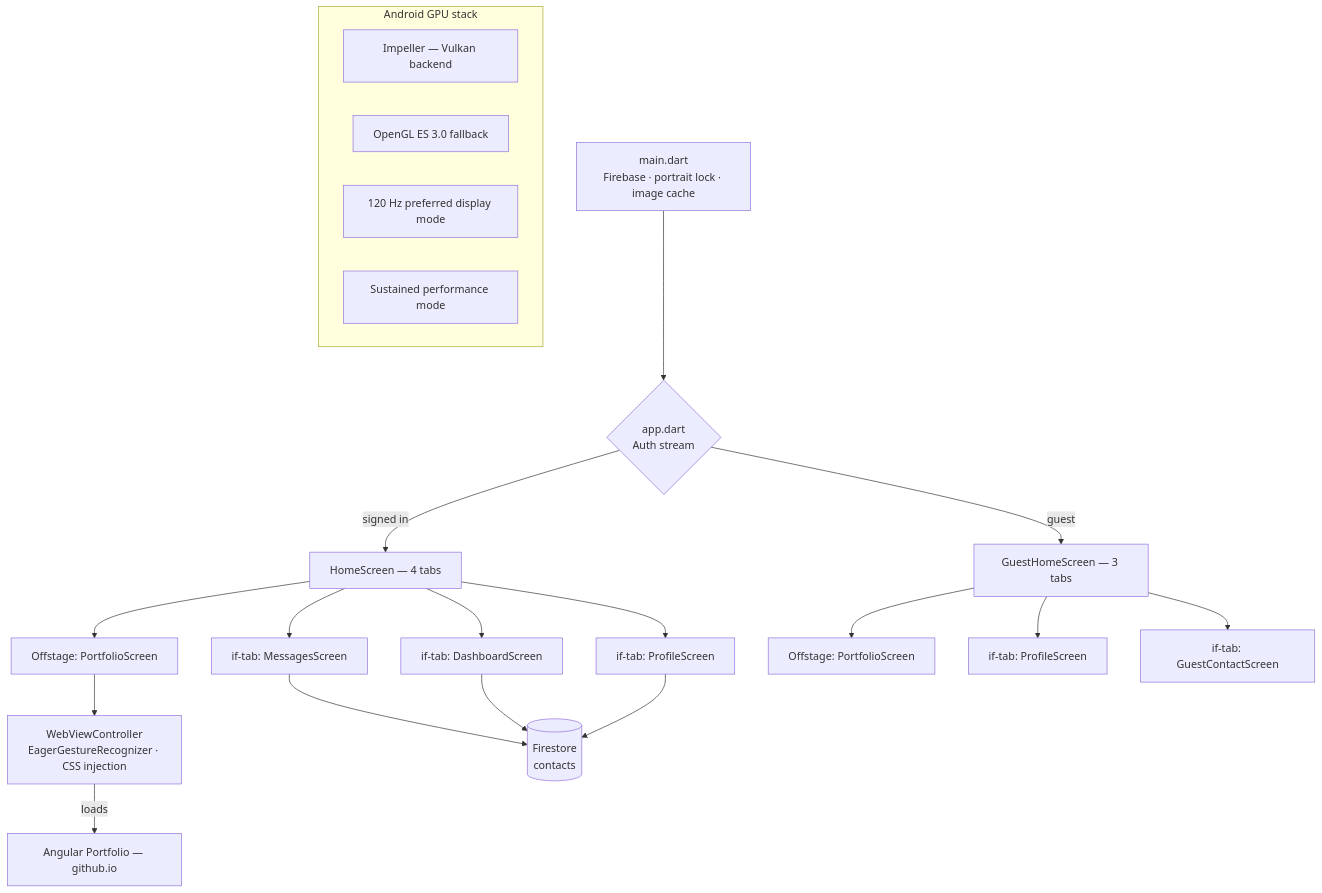
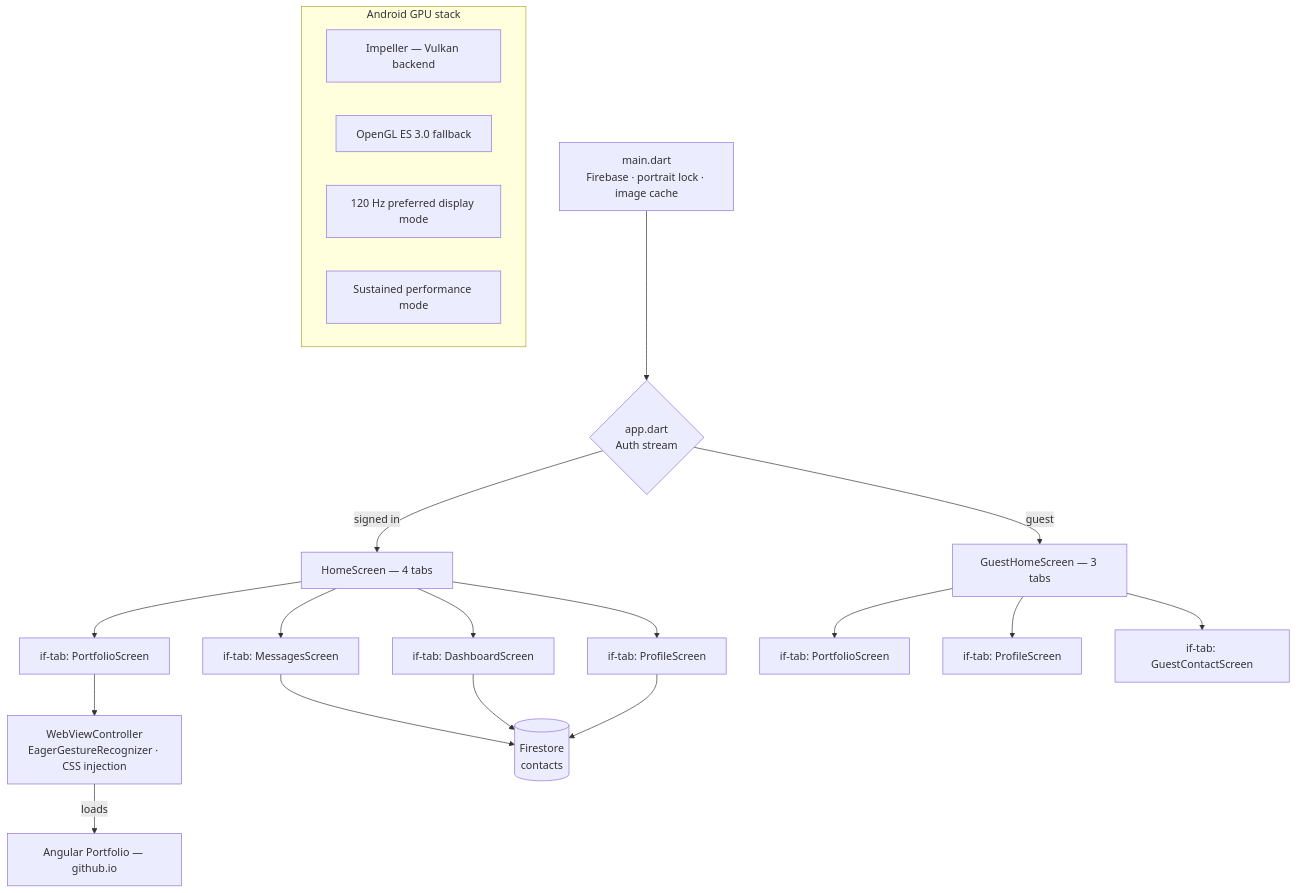
Before and after one commit to Emmanuel1017/My-Resume-Flutter-APP: the diagram in README.md, drawn with Mermaid. The commit also changed other lines of this file and 2 other files, not shown here.

Commit message:
Kill all tabs on leave — fully release GPU + WebView memory
Replace Offstage WebView with if-tab for all tabs including Portfolio.
The GPU surface, Chromium instance, and all Firestore streams are fully
released on every tab switch. Android HTTP disk cache reloads the Angular
site in ~300 ms on return — far cheaper than keeping a live WebView surface
pinned to the compositor at all times while other tabs are active.

````diff
--- a/README.md
+++ b/README.md
@@ -9,30 +9,30 @@
 ```mermaid
 graph TD
     A[main.dart<br/>Firebase · portrait lock · image cache] --> B{app.dart<br/>Auth stream}
 
     B -->|signed in| C[HomeScreen — 4 tabs]
     B -->|guest| D[GuestHomeScreen — 3 tabs]
 
-    C --> E[Offstage: PortfolioScreen]
+    C --> E[if-tab: PortfolioScreen]
     C --> F[if-tab: ProfileScreen]
     C --> G[if-tab: DashboardScreen]
     C --> H[if-tab: MessagesScreen]
 
-    D --> E2[Offstage: PortfolioScreen]
+    D --> E2[if-tab: PortfolioScreen]
     D --> F2[if-tab: ProfileScreen]
     D --> I[if-tab: GuestContactScreen]
 
     E --> J[WebViewController<br/>EagerGestureRecognizer · CSS injection]
     J -->|loads| K[Angular Portfolio — github.io]
 
     H --> L[(Firestore<br/>contacts)]
     G --> L
     F --> L
 
     subgraph Android GPU stack
         M[Impeller — Vulkan backend]
         N[OpenGL ES 3.0 fallback]
         O[120 Hz preferred display mode]
         P[Sustained performance mode]
     end
 ```
````
